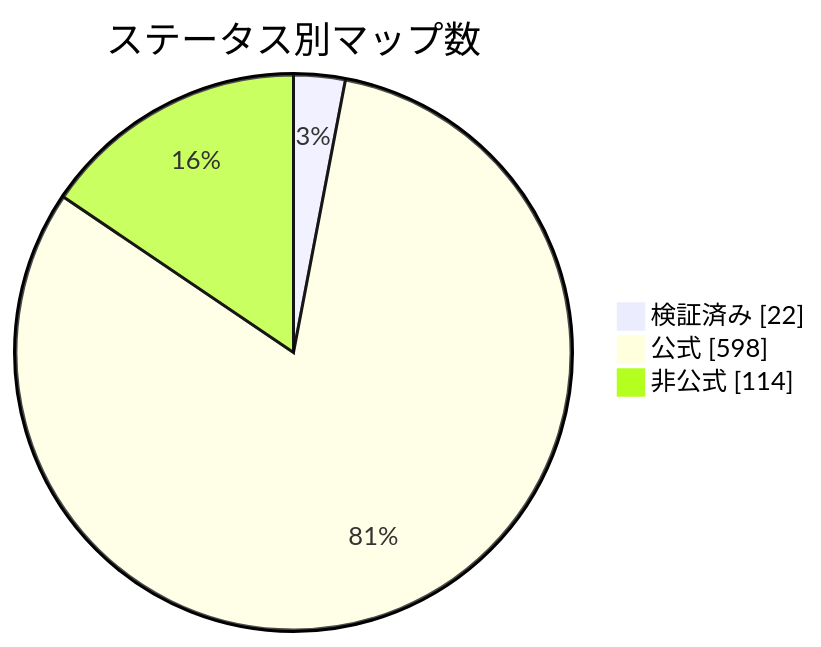
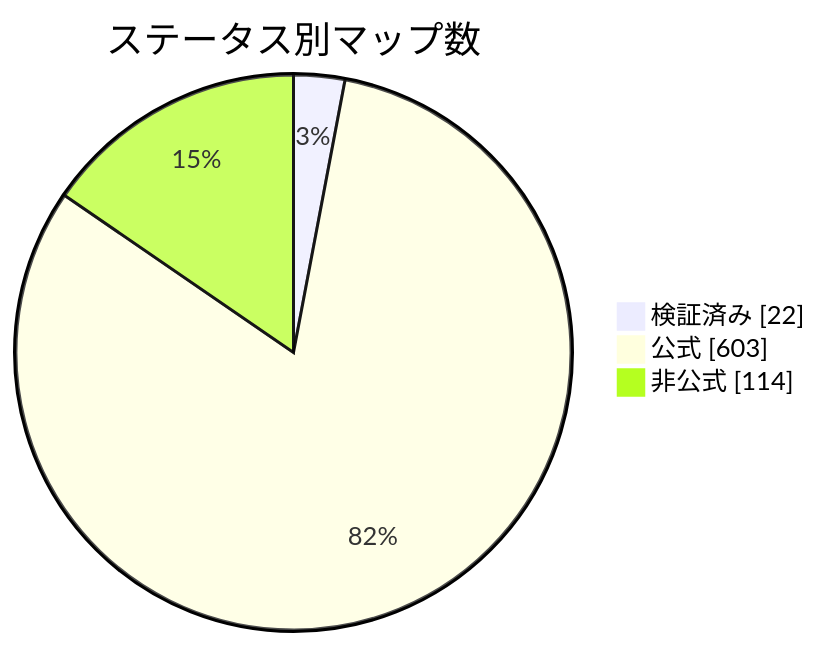
Before and after one commit to nobrega8/mbmap-library: the diagram in docs/readme/README_JP.md, drawn with Mermaid. The commit also changed 10 other files, not shown here.

````diff
--- a/docs/readme/README_JP.md
+++ b/docs/readme/README_JP.md
@@ -54,7 +54,7 @@
 ```mermaid
 pie showData
     title ステータス別マップ数
     "検証済み" : 22
-    "公式" : 598
+    "公式" : 603
     "非公式" : 114
 ```
````
